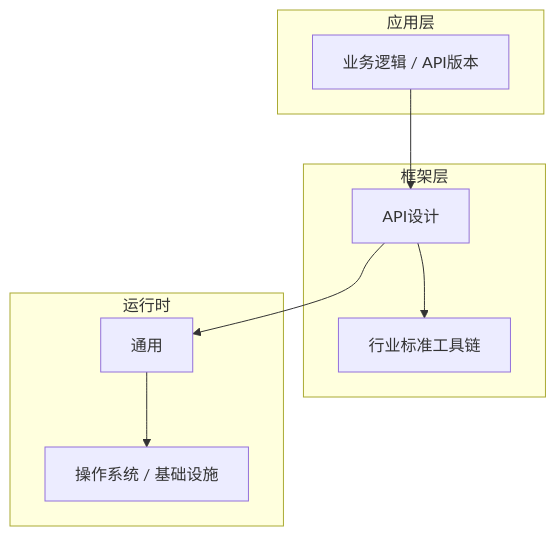
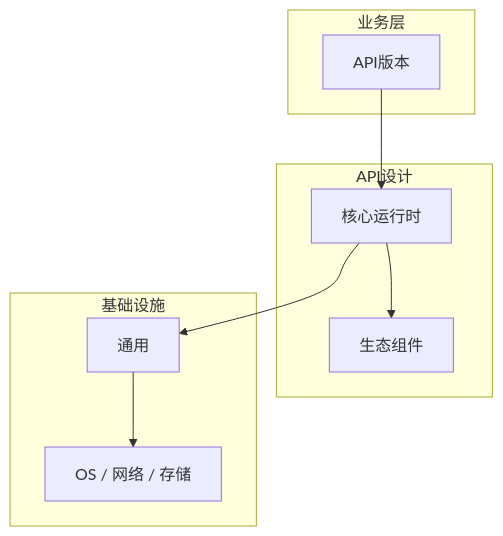
The diagram in articles/API设计/chapters/025-API版本核心概念与原理.md (yanggan2015/knowledge-json-v2), drawn with Mermaid before and after one commit. The commit also changed other lines of this file and 10127 other files, not shown here.

````diff
--- a/articles/API设计/chapters/025-API版本核心概念与原理.md
+++ b/articles/API设计/chapters/025-API版本核心概念与原理.md
@@ -45,18 +34,18 @@
 ```mermaid
 graph TB
-    subgraph 应用层
-        A[业务逻辑 / API版本]
+    subgraph 业务层
+        A[API版本]
     end
-    subgraph 框架层
-        B[API设计]
-        C[行业标准工具链]
+    subgraph API设计
+        B[核心运行时]
+        C[生态组件]
     end
-    subgraph 运行时
+    subgraph 基础设施
         D[通用]
-        E[操作系统 / 基础设施]
+        E[OS / 网络 / 存储]
     end
     A --> B
     B --> C
     B --> D
     D --> E
 ```
````
